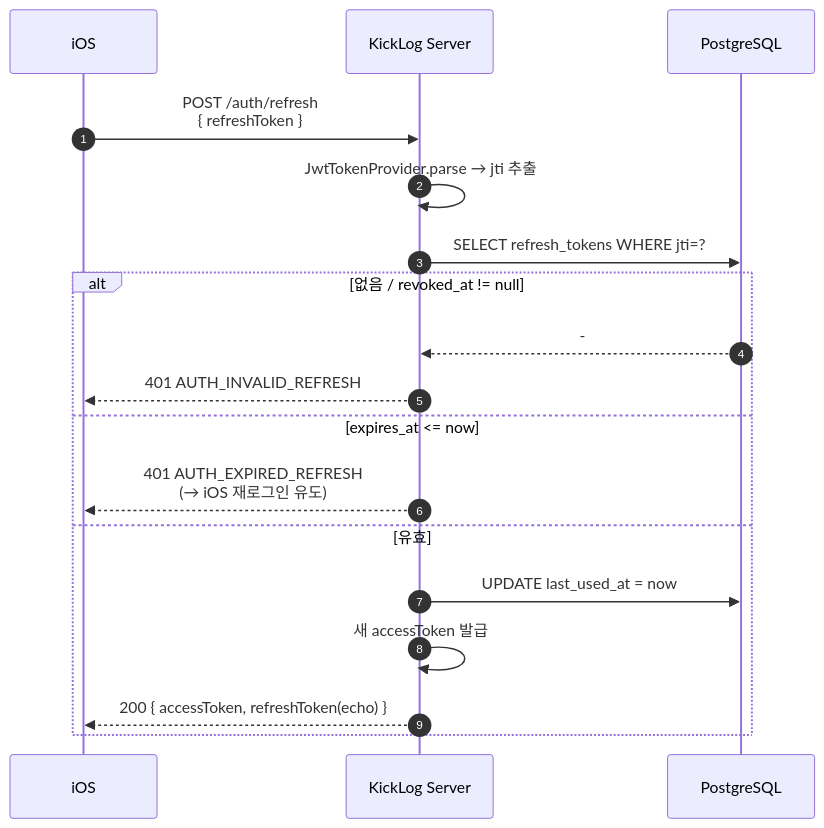
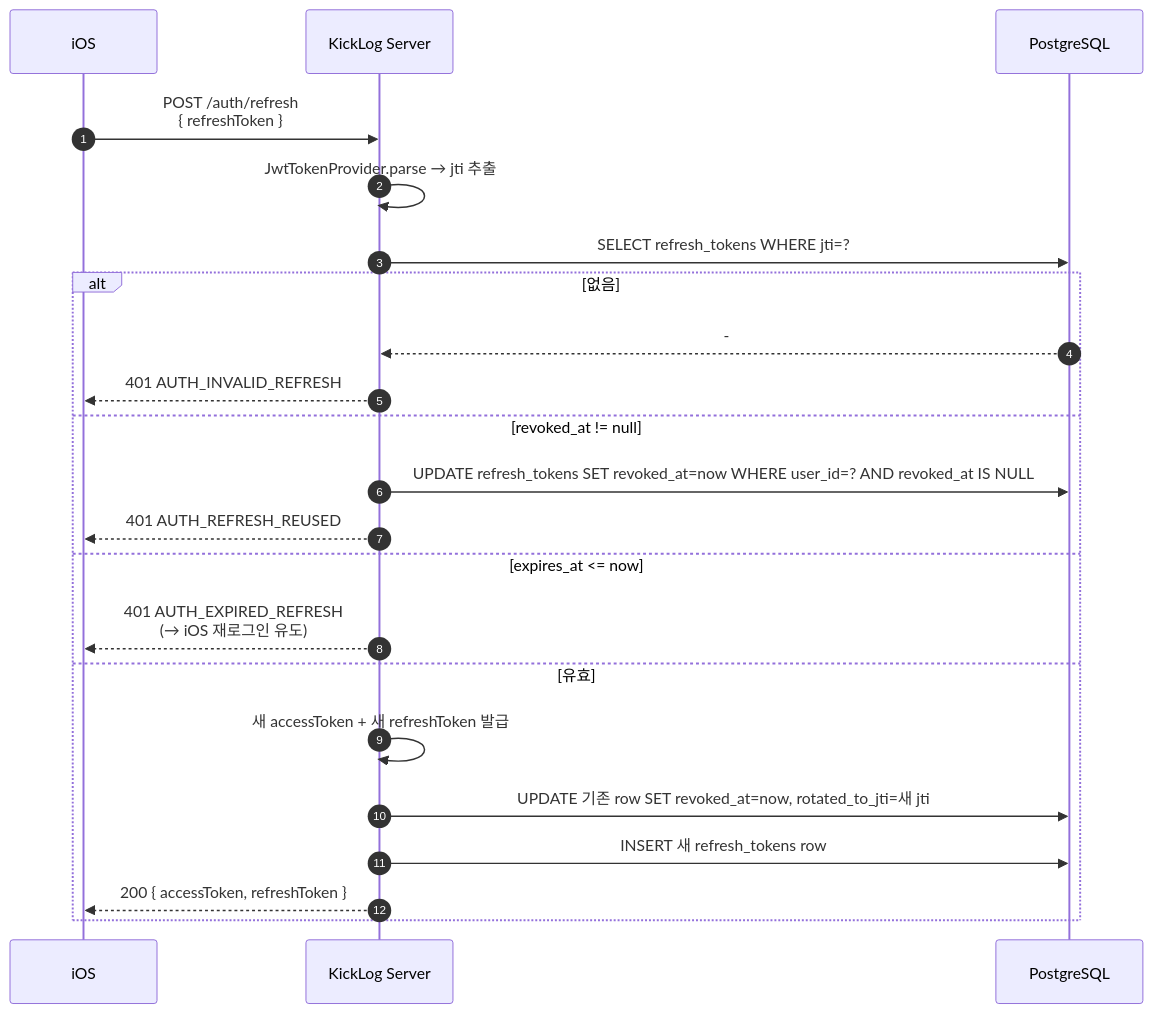
Before and after one commit to opixxx/kicklog: the fourth of 5 diagrams in docs/spec/diagram.md, drawn with Mermaid. The commit also changed other lines of this file and 44 other files, not shown here.

````diff
--- a/docs/spec/diagram.md
+++ b/docs/spec/diagram.md
@@ -203,21 +204,25 @@
 ```mermaid
 sequenceDiagram
     autonumber
     participant iOS
     participant API as KickLog Server
     participant DB as PostgreSQL
 
     iOS->>API: POST /auth/refresh<br/>{ refreshToken }
     API->>API: JwtTokenProvider.parse → jti 추출
     API->>DB: SELECT refresh_tokens WHERE jti=?
-    alt 없음 / revoked_at != null
+    alt 없음
         DB-->>API: -
         API-->>iOS: 401 AUTH_INVALID_REFRESH
+    else revoked_at != null
+        API->>DB: UPDATE refresh_tokens SET revoked_at=now WHERE user_id=? AND revoked_at IS NULL
+        API-->>iOS: 401 AUTH_REFRESH_REUSED
     else expires_at <= now
         API-->>iOS: 401 AUTH_EXPIRED_REFRESH<br/>(→ iOS 재로그인 유도)
     else 유효
-        API->>DB: UPDATE last_used_at = now
-        API->>API: 새 accessToken 발급
-        API-->>iOS: 200 { accessToken, refreshToken(echo) }
+        API->>API: 새 accessToken + 새 refreshToken 발급
+        API->>DB: UPDATE 기존 row SET revoked_at=now, rotated_to_jti=새 jti
+        API->>DB: INSERT 새 refresh_tokens row
+        API-->>iOS: 200 { accessToken, refreshToken }
     end
 ```
````
